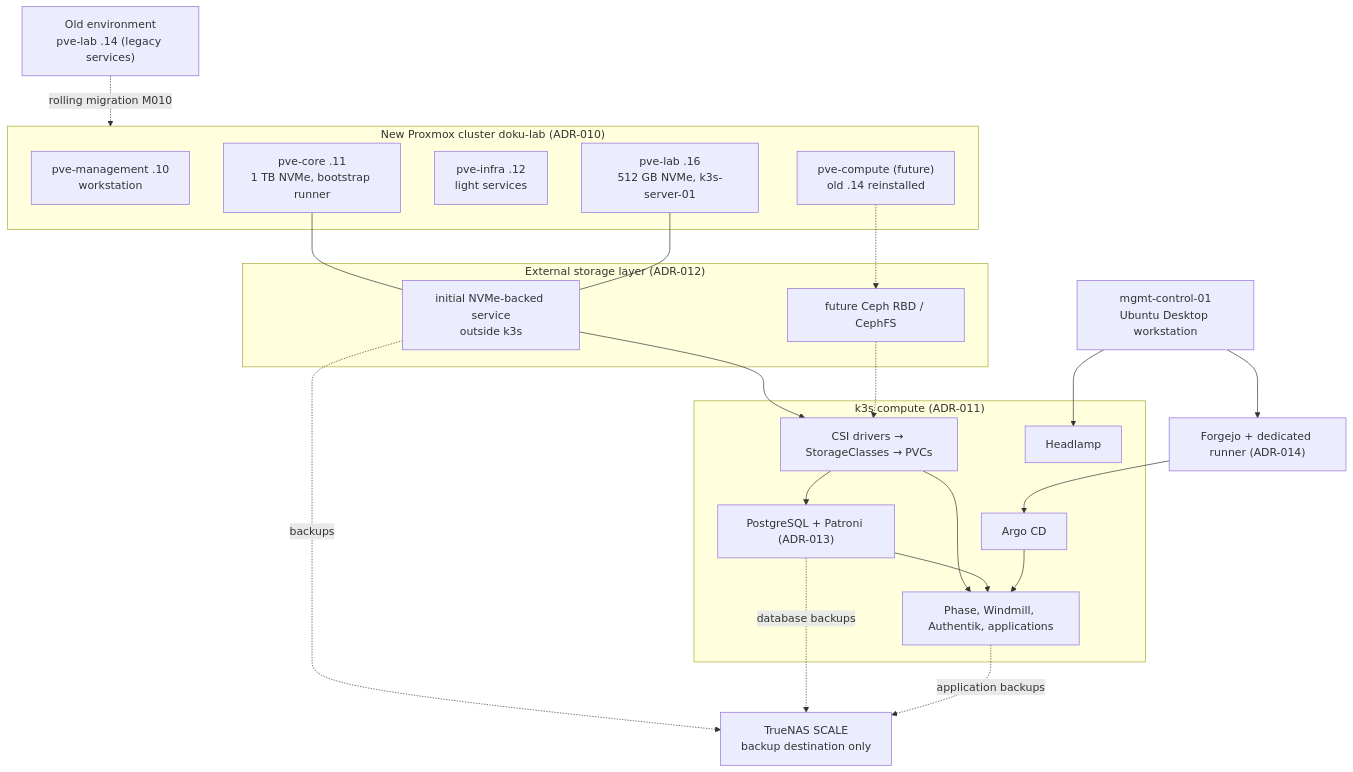
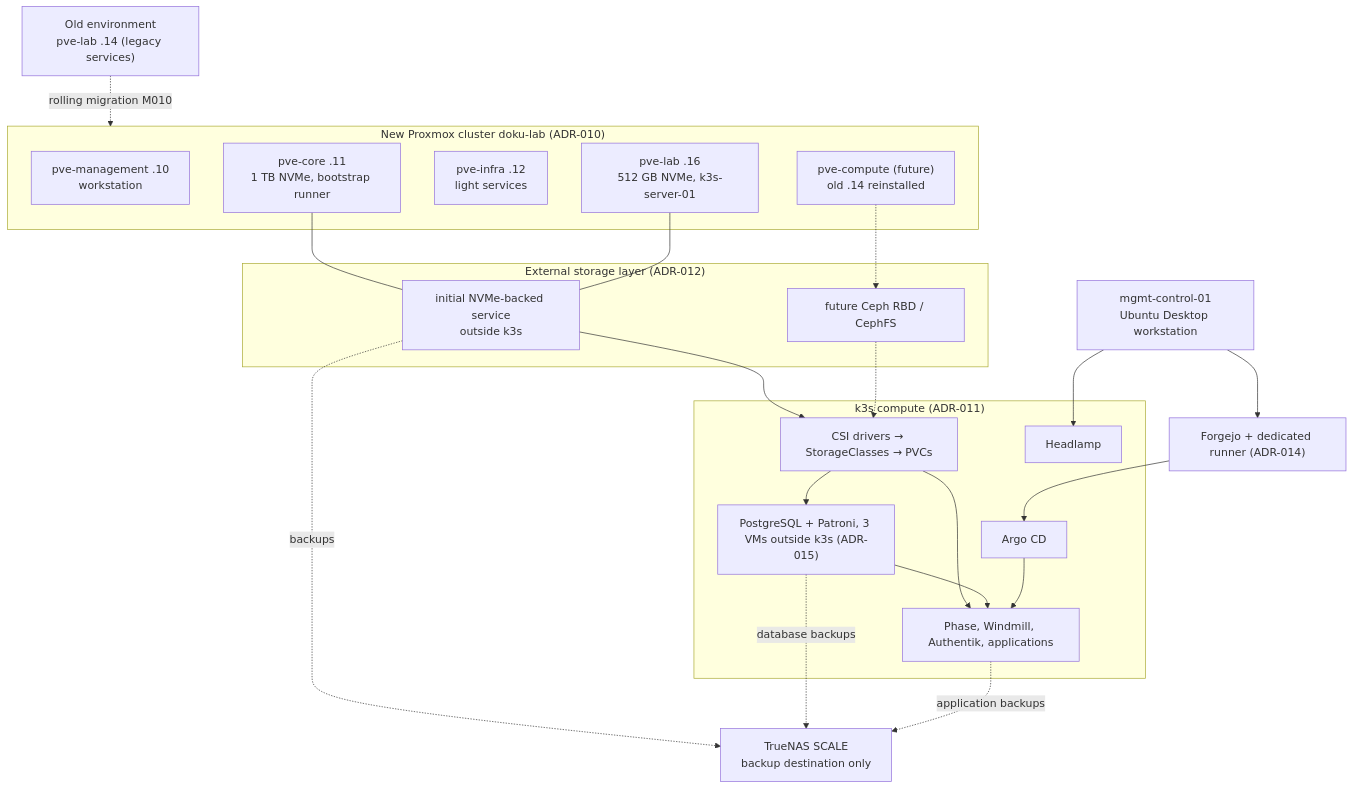
One commit to doku-code/homelab-iac changed the diagram in docs/architecture/platform.md. Above: the diagram before and after it, drawn with Mermaid. The commit also changed other lines of this file and 31 other files, not shown here.

First line of the commit message:
feat(postgresql): shared PostgreSQL on three Patroni VMs outside k3s (TASK-018)

````diff
--- a/docs/architecture/platform.md
+++ b/docs/architecture/platform.md
@@ -37,41 +37,41 @@
 ```mermaid
 flowchart TB
   subgraph phys["New Proxmox cluster doku-lab (ADR-010)"]
     pm["pve-management .10<br/>workstation"]
     pc["pve-core .11<br/>1 TB NVMe, bootstrap runner"]
     pi["pve-infra .12<br/>light services"]
     pl["pve-lab .16<br/>512 GB NVMe, k3s-server-01"]
     px["pve-compute (future)<br/>old .14 reinstalled"]
   end
   old["Old environment<br/>pve-lab .14 (legacy services)"]
   subgraph store["External storage layer (ADR-012)"]
     s1["initial NVMe-backed service<br/>outside k3s"]
     ceph["future Ceph RBD / CephFS"]
   end
   subgraph k8s["k3s compute (ADR-011)"]
     csi["CSI drivers → StorageClasses → PVCs"]
-    pg["PostgreSQL + Patroni (ADR-013)"]
+    pg["PostgreSQL + Patroni, 3 VMs outside k3s (ADR-015)"]
     apps["Phase, Windmill, Authentik, applications"]
     argo["Argo CD"]
     hl["Headlamp"]
   end
   ws["mgmt-control-01<br/>Ubuntu Desktop workstation"]
   fj["Forgejo + dedicated runner (ADR-014)"]
   nas["TrueNAS SCALE<br/>backup destination only"]
   pc --- s1
   pl --- s1
   old -. rolling migration M010 .-> phys
   px -.-> ceph
   s1 --> csi
   ceph -.-> csi
   csi --> pg
   csi --> apps
   pg --> apps
   fj --> argo
   argo --> apps
   ws --> fj
   ws --> hl
   s1 -. backups .-> nas
   pg -. database backups .-> nas
   apps -. application backups .-> nas
 ```
````
